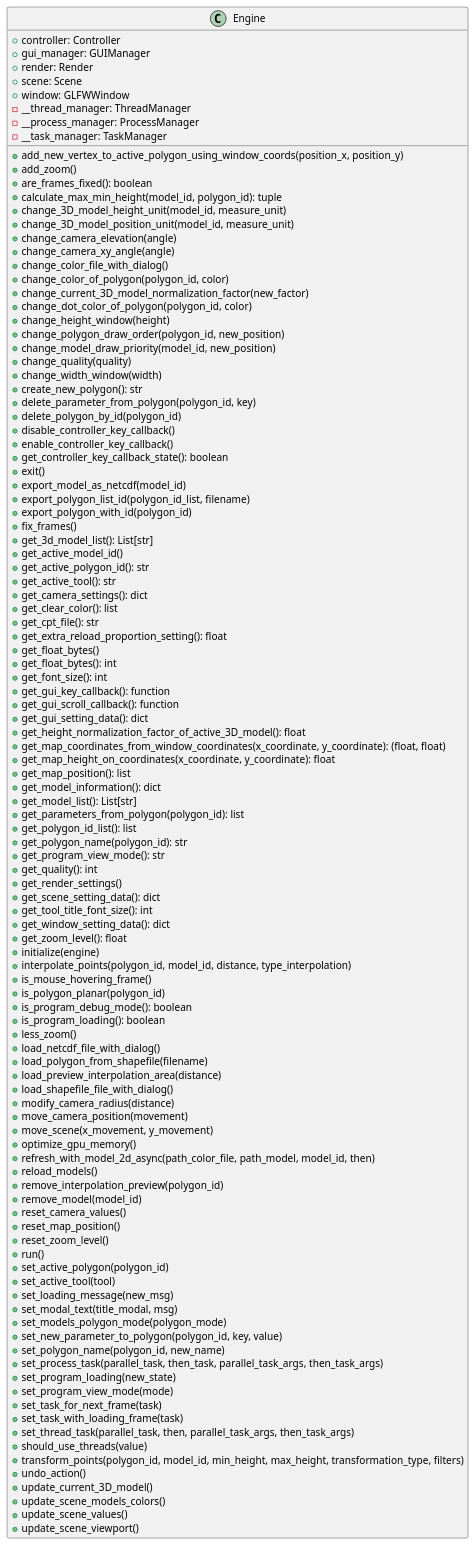
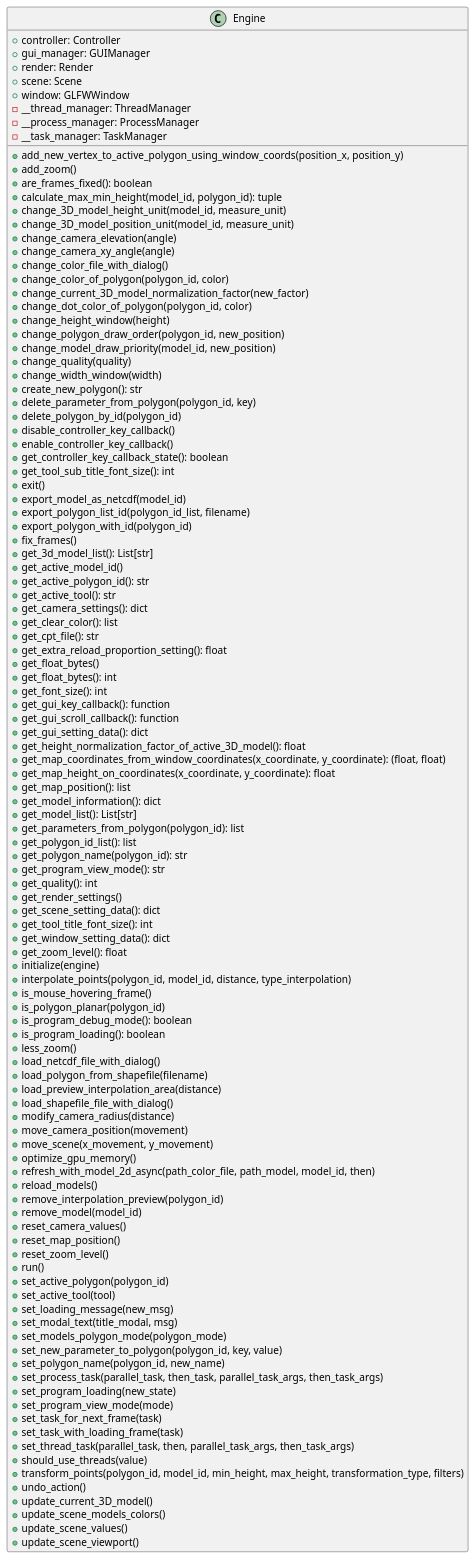
The diagram in docs/classes/Engine.puml (ferpoble2/Relief_Creator), drawn with PlantUML before and after one commit. The commit also changed 6 other files, not shown here.

```diff
--- a/docs/classes/Engine.puml
+++ b/docs/classes/Engine.puml
@@ -1,115 +1,116 @@
 @startuml
 class Engine {
     + controller: Controller
     + gui_manager: GUIManager
     + render: Render
     + scene: Scene
     + window: GLFWWindow
     - __thread_manager: ThreadManager
     - __process_manager: ProcessManager
     - __task_manager: TaskManager
 
     + add_new_vertex_to_active_polygon_using_window_coords(position_x, position_y)
     + add_zoom()
     + are_frames_fixed(): boolean
     + calculate_max_min_height(model_id, polygon_id): tuple
     + change_3D_model_height_unit(model_id, measure_unit)
     + change_3D_model_position_unit(model_id, measure_unit)
     + change_camera_elevation(angle)
     + change_camera_xy_angle(angle)
     + change_color_file_with_dialog()
     + change_color_of_polygon(polygon_id, color)
     + change_current_3D_model_normalization_factor(new_factor)
     + change_dot_color_of_polygon(polygon_id,  color)
     + change_height_window(height)
     + change_polygon_draw_order(polygon_id, new_position)
     + change_model_draw_priority(model_id, new_position)
     + change_quality(quality)
     + change_width_window(width)
     + create_new_polygon(): str
     + delete_parameter_from_polygon(polygon_id, key)
     + delete_polygon_by_id(polygon_id)
     + disable_controller_key_callback()
     + enable_controller_key_callback()
     + get_controller_key_callback_state(): boolean
+    + get_tool_sub_title_font_size(): int
     + exit()
     + export_model_as_netcdf(model_id)
     + export_polygon_list_id(polygon_id_list, filename)
     + export_polygon_with_id(polygon_id)
     + fix_frames()
     + get_3d_model_list(): List[str]
     + get_active_model_id()
     + get_active_polygon_id(): str
     + get_active_tool(): str
     + get_camera_settings(): dict
     + get_clear_color(): list
     + get_cpt_file(): str
     + get_extra_reload_proportion_setting(): float
     + get_float_bytes()
     + get_float_bytes(): int
     + get_font_size(): int
     + get_gui_key_callback(): function
     + get_gui_scroll_callback(): function
     + get_gui_setting_data(): dict
     + get_height_normalization_factor_of_active_3D_model(): float
     + get_map_coordinates_from_window_coordinates(x_coordinate, y_coordinate): (float, float)
     + get_map_height_on_coordinates(x_coordinate, y_coordinate): float
     + get_map_position(): list
     + get_model_information(): dict
     + get_model_list(): List[str]
     + get_parameters_from_polygon(polygon_id): list
     + get_polygon_id_list(): list
     + get_polygon_name(polygon_id): str
     + get_program_view_mode(): str
     + get_quality(): int
     + get_render_settings()
     + get_scene_setting_data(): dict
     + get_tool_title_font_size(): int
     + get_window_setting_data(): dict
     + get_zoom_level(): float
     + initialize(engine)
     + interpolate_points(polygon_id, model_id, distance, type_interpolation)
     + is_mouse_hovering_frame()
     + is_polygon_planar(polygon_id)
     + is_program_debug_mode(): boolean
     + is_program_loading(): boolean
     + less_zoom()
     + load_netcdf_file_with_dialog()
     + load_polygon_from_shapefile(filename)
     + load_preview_interpolation_area(distance)
     + load_shapefile_file_with_dialog()
     + modify_camera_radius(distance)
     + move_camera_position(movement)
     + move_scene(x_movement, y_movement)
     + optimize_gpu_memory()
     + refresh_with_model_2d_async(path_color_file, path_model, model_id, then)
     + reload_models()
     + remove_interpolation_preview(polygon_id)
     + remove_model(model_id)
     + reset_camera_values()
     + reset_map_position()
     + reset_zoom_level()
     + run()
     + set_active_polygon(polygon_id)
     + set_active_tool(tool)
     + set_loading_message(new_msg)
     + set_modal_text(title_modal, msg)
     + set_models_polygon_mode(polygon_mode)
     + set_new_parameter_to_polygon(polygon_id, key, value)
     + set_polygon_name(polygon_id, new_name)
     + set_process_task(parallel_task, then_task, parallel_task_args, then_task_args)
     + set_program_loading(new_state)
     + set_program_view_mode(mode)
     + set_task_for_next_frame(task)
     + set_task_with_loading_frame(task)
     + set_thread_task(parallel_task, then, parallel_task_args, then_task_args)
     + should_use_threads(value)
     + transform_points(polygon_id, model_id, min_height, max_height, transformation_type, filters)
     + undo_action()
     + update_current_3D_model()
     + update_scene_models_colors()
     + update_scene_values()
     + update_scene_viewport()
 }
 
 @enduml
```
